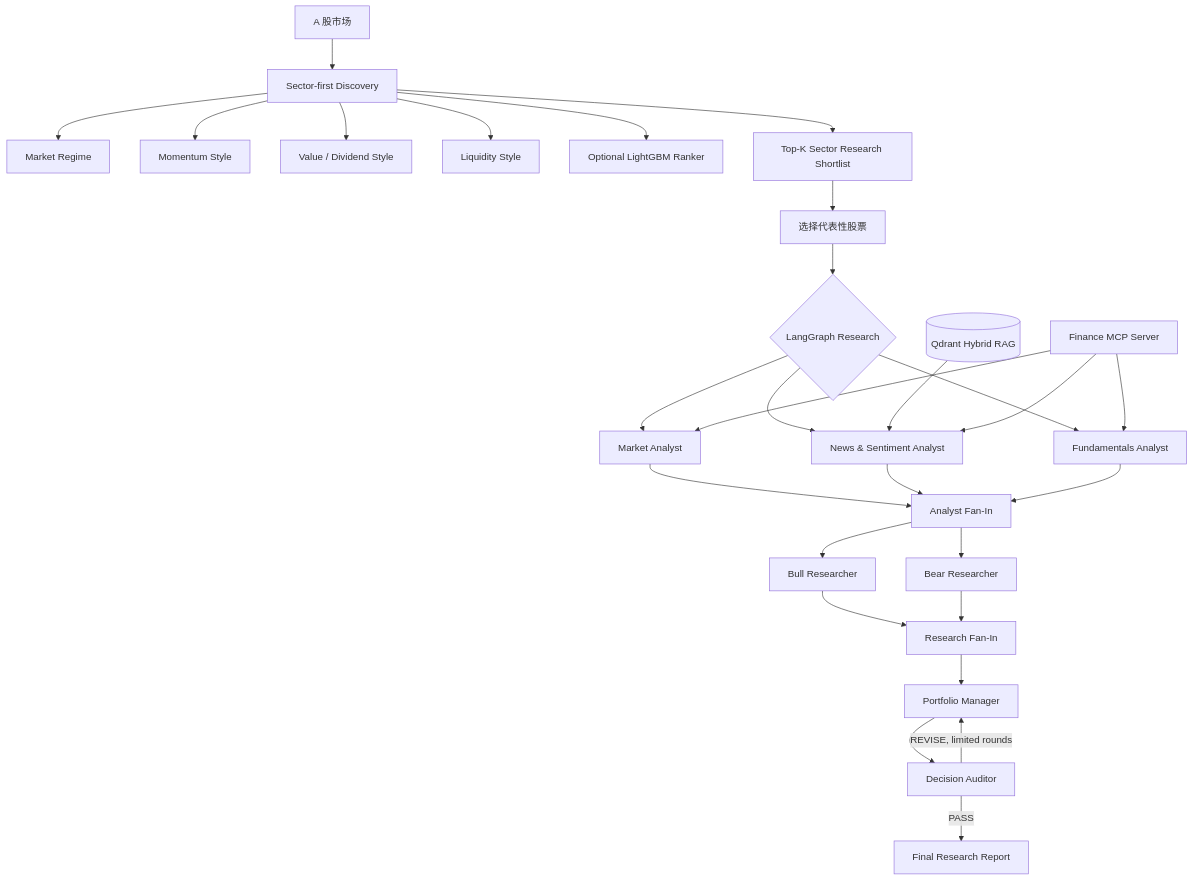
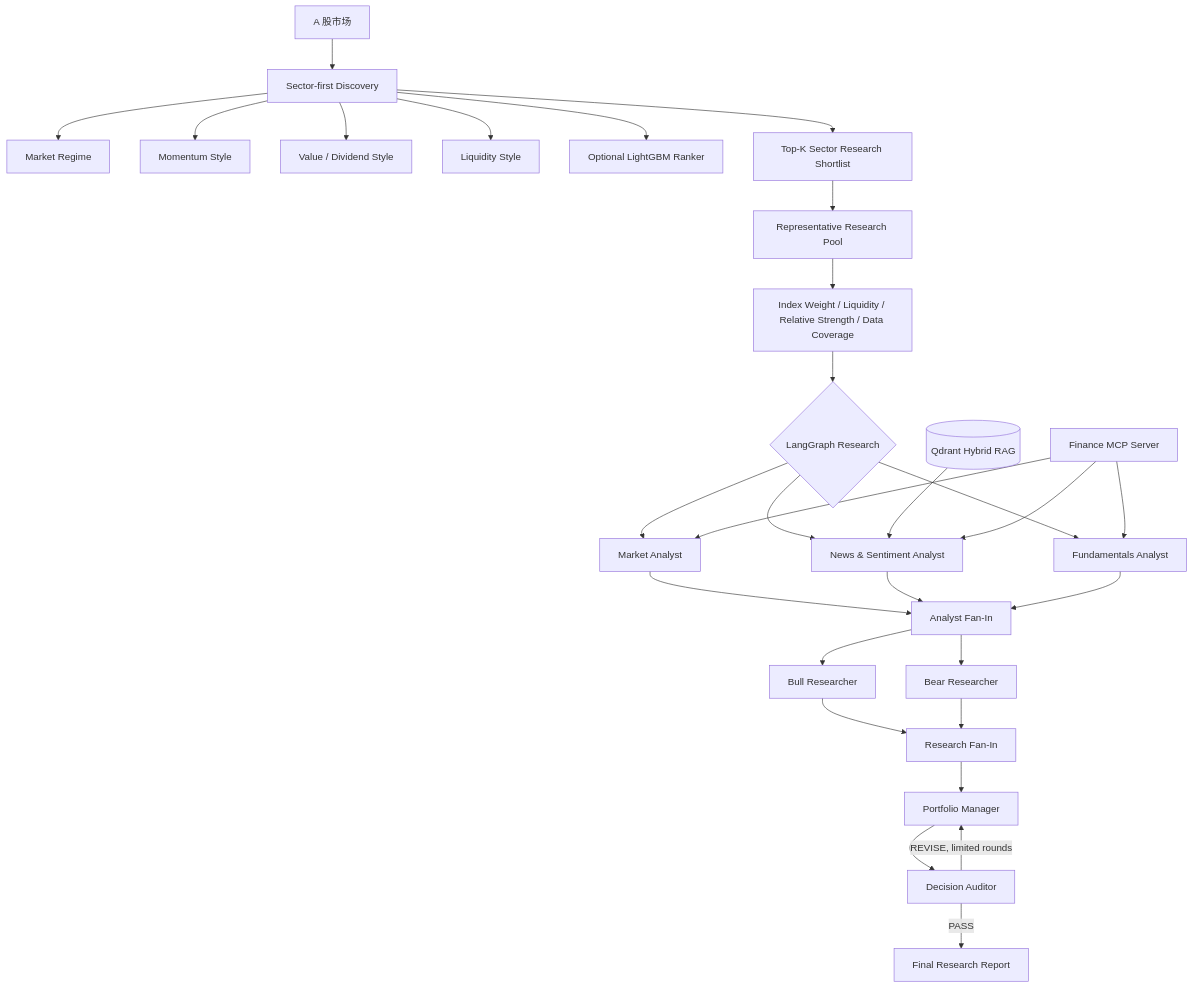
Before and after one commit to wyh22/multi-agent-trading: the diagram in README.md, drawn with Mermaid. The commit also changed other lines of this file and 34 other files, not shown here.

First line of the commit message:
feat: bridge sector discovery to representative 7-agent research

````diff
--- a/README.md
+++ b/README.md
@@ -49,35 +50,35 @@
 ```mermaid
 flowchart TD
     A[A 股市场] --> B[Sector-first Discovery]
     B --> B1[Market Regime]
     B --> B2[Momentum Style]
     B --> B3[Value / Dividend Style]
     B --> B4[Liquidity Style]
     B --> B5[Optional LightGBM Ranker]
     B --> C[Top-K Sector Research Shortlist]
-    C --> C1[选择代表性股票]
-
-    C1 --> D{LangGraph Research}
+    C --> C1[Representative Research Pool]
+    C1 --> C2[Index Weight / Liquidity / Relative Strength / Data Coverage]
+    C2 --> D{LangGraph Research}
     D --> M[Market Analyst]
     D --> N[News & Sentiment Analyst]
     D --> F[Fundamentals Analyst]
 
     M --> X[Analyst Fan-In]
     N --> X
     F --> X
 
     X --> BU[Bull Researcher]
     X --> BE[Bear Researcher]
     BU --> Y[Research Fan-In]
     BE --> Y
 
     Y --> PM[Portfolio Manager]
     PM --> AU[Decision Auditor]
     AU -->|PASS| E[Final Research Report]
     AU -->|REVISE, limited rounds| PM
 
     R[(Qdrant Hybrid RAG)] --> N
     MCP[Finance MCP Server] --> M
     MCP --> N
     MCP --> F
 ```
````
